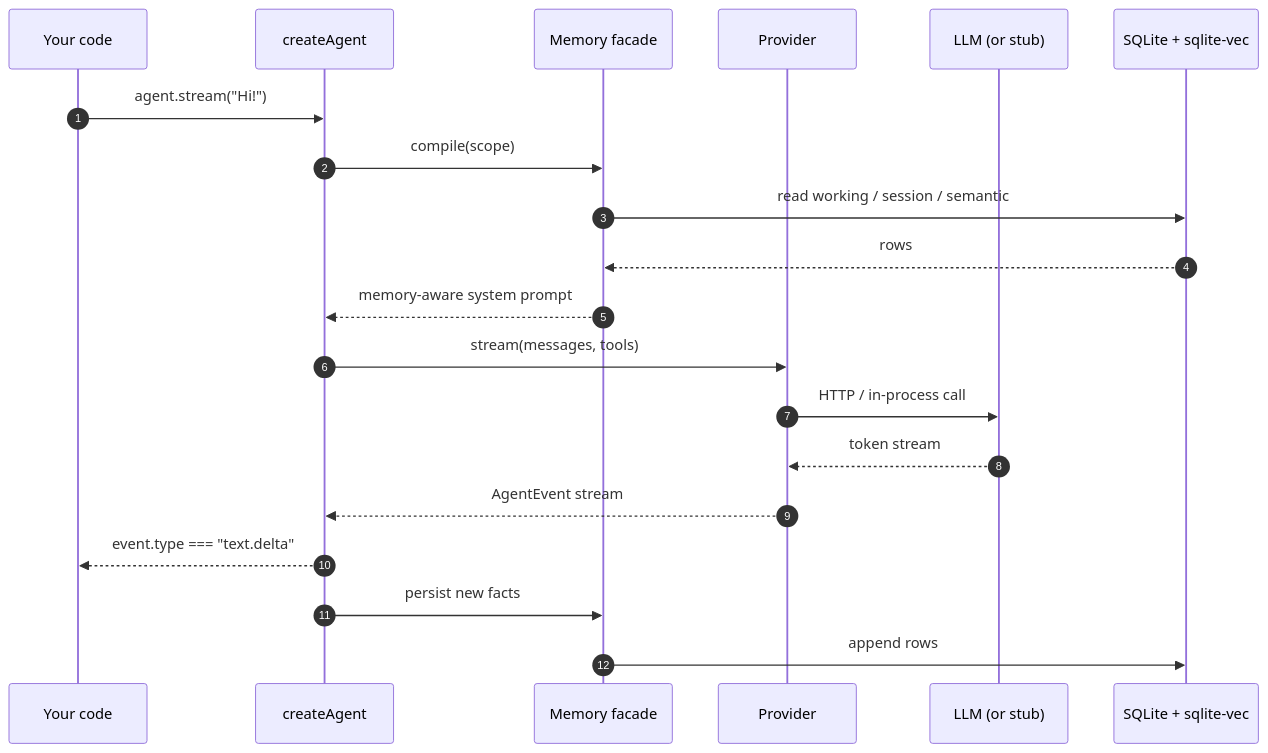
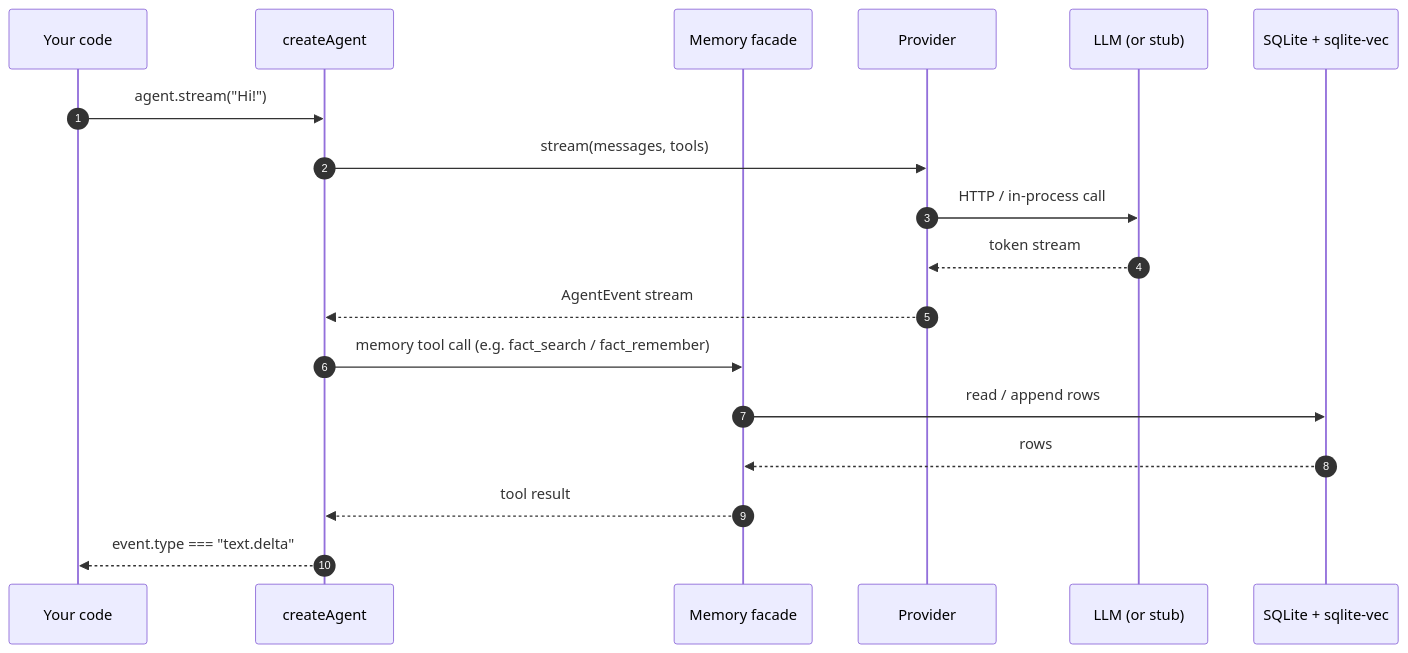
The diagram in documentation/guide/quickstart.md (o-stepper/graphorin), drawn with Mermaid before and after one commit. The commit also changed other lines of this file and 111 other files, not shown here.

````diff
--- a/documentation/guide/quickstart.md
+++ b/documentation/guide/quickstart.md
@@ -109,23 +110,21 @@
 ```mermaid
 sequenceDiagram
     autonumber
     participant App as Your code
     participant Agent as createAgent
     participant Memory as Memory facade
     participant Provider as Provider
     participant LLM as LLM (or stub)
     participant Store as SQLite + sqlite-vec
 
     App->>Agent: agent.stream("Hi!")
-    Agent->>Memory: compile(scope)
-    Memory->>Store: read working / session / semantic
-    Store-->>Memory: rows
-    Memory-->>Agent: memory-aware system prompt
     Agent->>Provider: stream(messages, tools)
     Provider->>LLM: HTTP / in-process call
     LLM-->>Provider: token stream
     Provider-->>Agent: AgentEvent stream
+    Agent->>Memory: memory tool call (e.g. fact_search / fact_remember)
+    Memory->>Store: read / append rows
+    Store-->>Memory: rows
+    Memory-->>Agent: tool result
     Agent-->>App: event.type === "text.delta"
-    Agent->>Memory: persist new facts
-    Memory->>Store: append rows
 ```
````
